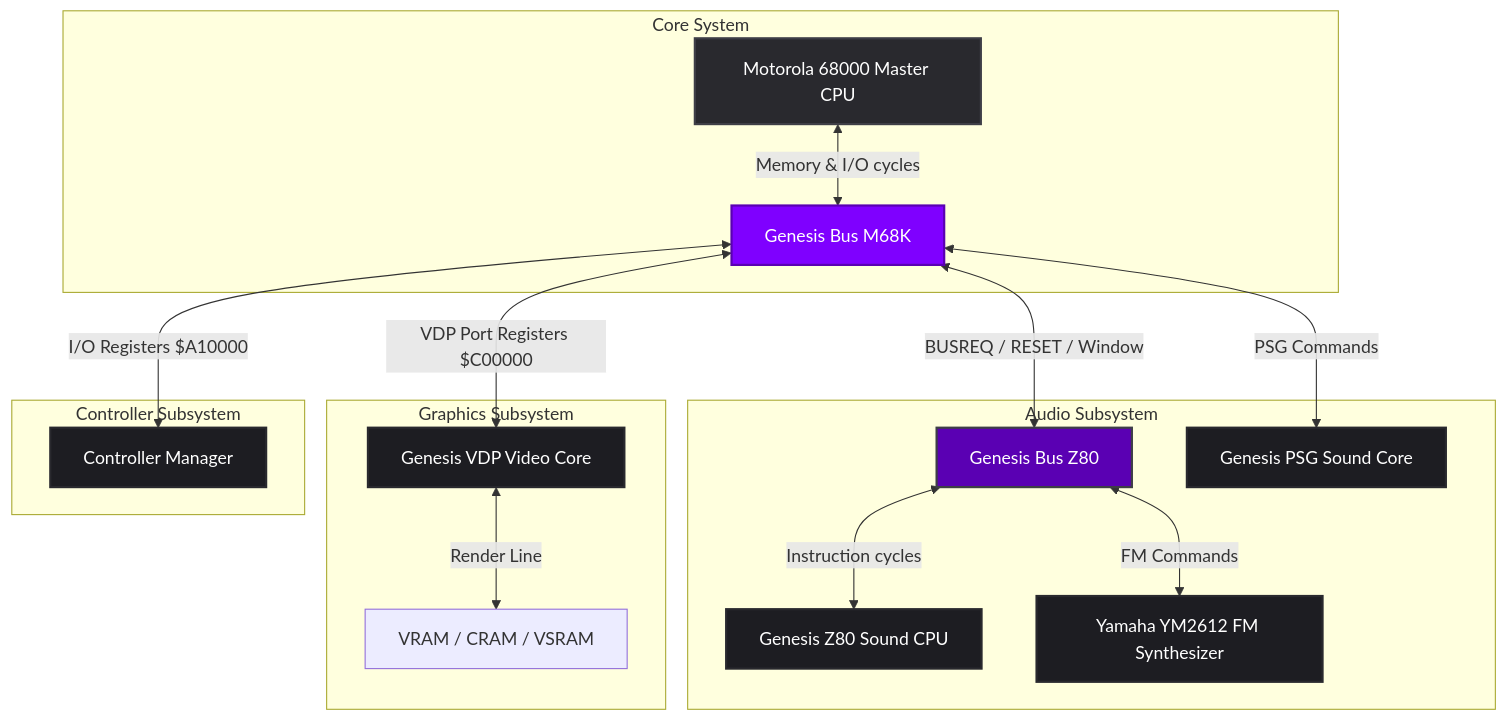
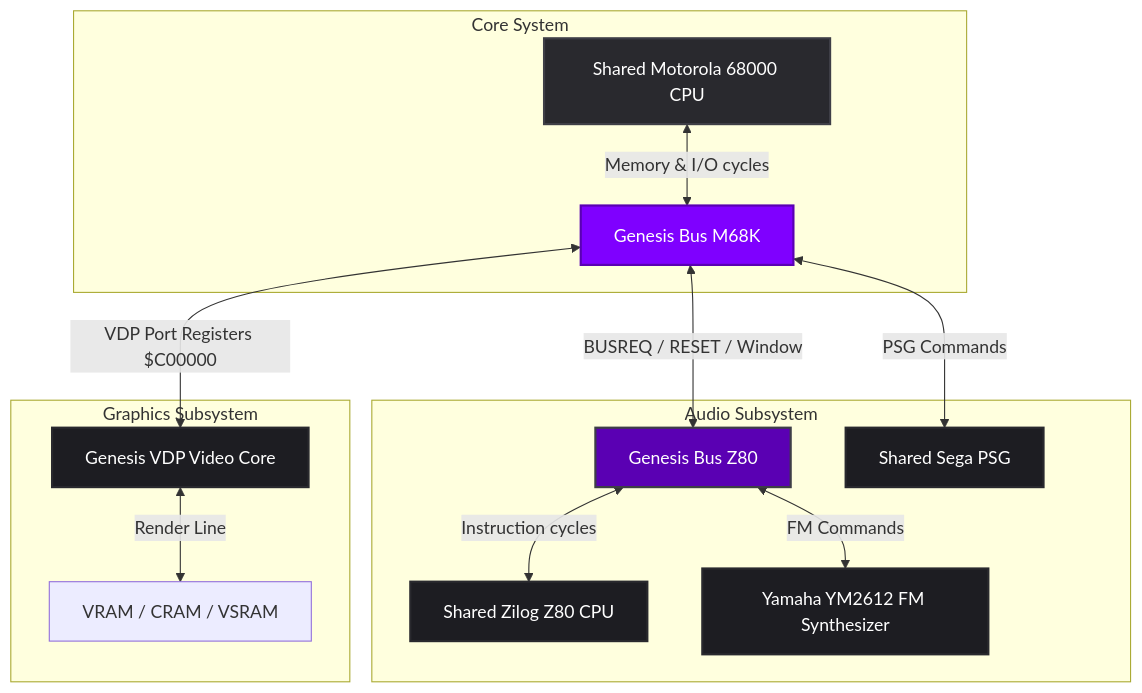
The second of 3 diagrams in README.md (enriquegonzalezgutierrez/EGGStation), drawn with Mermaid before and after one commit. The commit also changed other lines of this file, not shown here.

First line of the commit message:
fix(audio): inject universal sample rate to SegaPsg and resolve Genesis initialization crash

````diff
--- a/README.md
+++ b/README.md
@@ -91,31 +91,26 @@
 ```mermaid
 graph TB
     subgraph Core System
-        M68K[Motorola 68000 Master CPU] <-->|Memory & I/O cycles| MBUS[Genesis Bus M68K]
+        M68K[Shared Motorola 68000 CPU] <-->|Memory & I/O cycles| MBUS[Genesis Bus M68K]
     end
 
     subgraph Audio Subsystem
         MBUS <-->|BUSREQ / RESET / Window| ZBUS[Genesis Bus Z80]
-        ZBUS <-->|Instruction cycles| Z80[Genesis Z80 Sound CPU]
+        ZBUS <-->|Instruction cycles| Z80[Shared Zilog Z80 CPU]
         ZBUS <-->|FM Commands| YM[Yamaha YM2612 FM Synthesizer]
-        MBUS <-->|PSG Commands| PSG[Genesis PSG Sound Core]
+        MBUS <-->|PSG Commands| PSG[Shared Sega PSG]
     end
 
     subgraph Graphics Subsystem
         MBUS <-->|VDP Port Registers $C00000| VDP[Genesis VDP Video Core]
         VDP <-->|Render Line| VRAM[VRAM / CRAM / VSRAM]
-    end
-
-    subgraph Controller Subsystem
-        MBUS <-->|I/O Registers $A10000| CTRL[Controller Manager]
     end
 
     style M68K fill:#29292e,stroke:#3e3e46,stroke-width:2px,color:#fff
     style MBUS fill:#7f00ff,stroke:#5a00b3,stroke-width:2px,color:#fff
     style ZBUS fill:#5a00b3,stroke:#3e3e46,stroke-width:2px,color:#fff
     style Z80 fill:#1d1d22,stroke:#29292e,stroke-width:2px,color:#fff
     style YM fill:#1d1d22,stroke:#29292e,stroke-width:2px,color:#fff
     style PSG fill:#1d1d22,stroke:#29292e,stroke-width:2px,color:#fff
     style VDP fill:#1d1d22,stroke:#29292e,stroke-width:2px,color:#fff
-    style CTRL fill:#1d1d22,stroke:#29292e,stroke-width:2px,color:#fff
 ```
````
